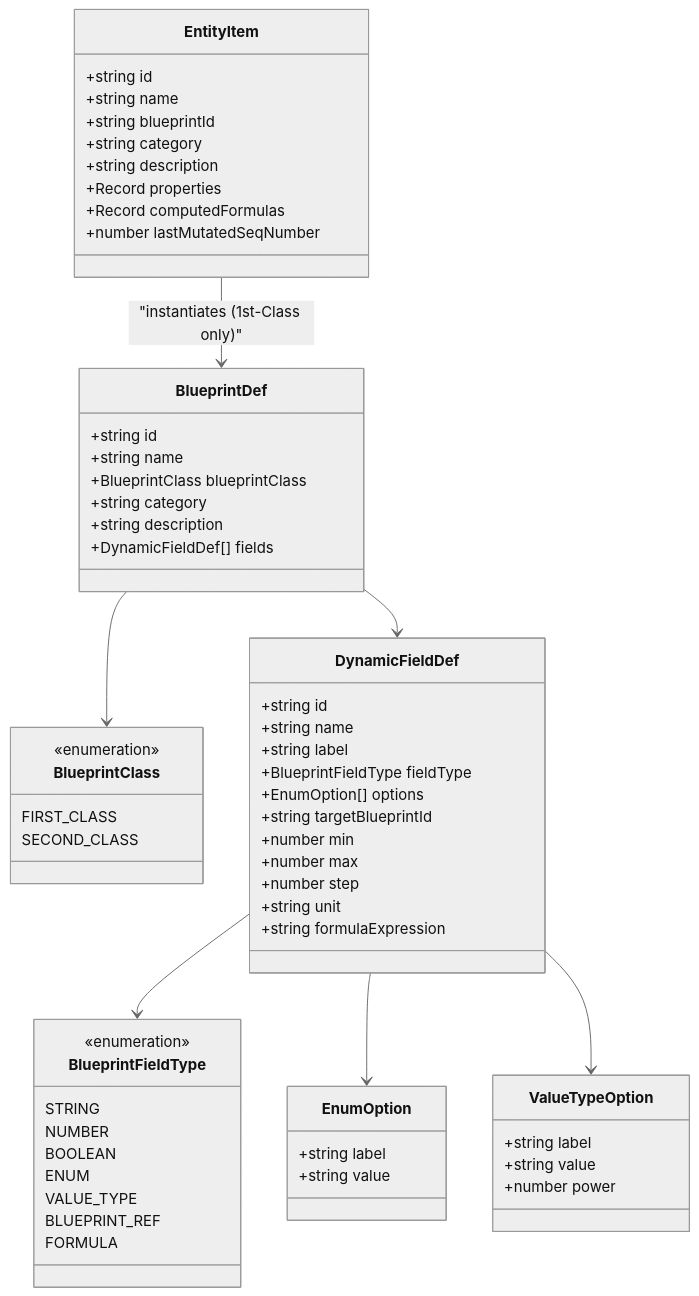
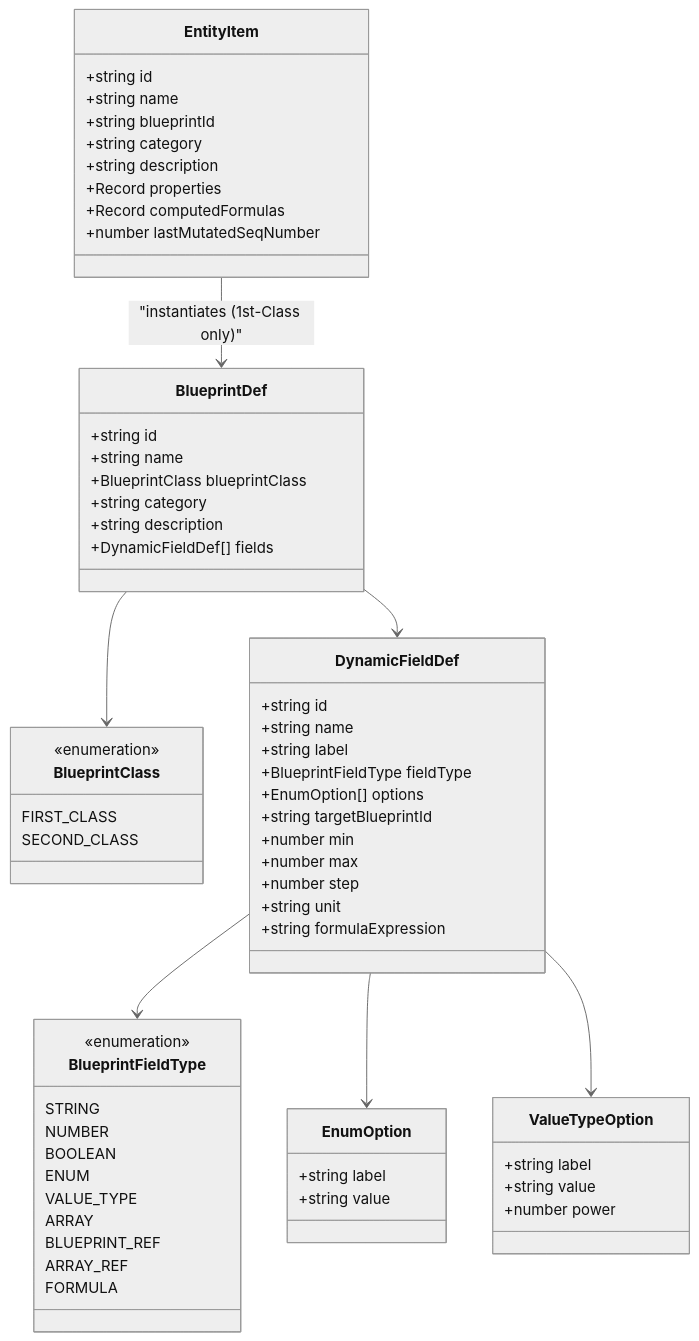
One commit to Yogesh-Kumar-Mallik-dev/NovWrite changed the second of 3 diagrams in docs/FRONTEND_ARCHITECTURE.md. Above: the diagram before and after it, drawn with Mermaid (neutral theme). The commit also changed other lines of this file and 12 other files, not shown here.

Commit message:
docs(spec): synchronize architecture specifications, changelog, and Capstone report to Version 2.2

````diff
--- a/docs/FRONTEND_ARCHITECTURE.md
+++ b/docs/FRONTEND_ARCHITECTURE.md
@@ -70,71 +70,73 @@
 ```mermaid
 classDiagram
     class BlueprintDef {
         +string id
         +string name
         +BlueprintClass blueprintClass
         +string category
         +string description
         +DynamicFieldDef[] fields
     }
 
     class BlueprintClass {
         <<enumeration>>
         FIRST_CLASS
         SECOND_CLASS
     }
 
     class DynamicFieldDef {
         +string id
         +string name
         +string label
         +BlueprintFieldType fieldType
         +EnumOption[] options
         +string targetBlueprintId
         +number min
         +number max
         +number step
         +string unit
         +string formulaExpression
     }
 
     class EnumOption {
         +string label
         +string value
     }
 
     class ValueTypeOption {
         +string label
         +string value
         +number power
     }
 
     class BlueprintFieldType {
         <<enumeration>>
         STRING
         NUMBER
         BOOLEAN
         ENUM
         VALUE_TYPE
+        ARRAY
         BLUEPRINT_REF
+        ARRAY_REF
         FORMULA
     }
 
     class EntityItem {
         +string id
         +string name
         +string blueprintId
         +string category
         +string description
         +Record properties
         +Record computedFormulas
         +number lastMutatedSeqNumber
     }
 
     BlueprintDef --> BlueprintClass
     BlueprintDef --> DynamicFieldDef
     DynamicFieldDef --> BlueprintFieldType
     DynamicFieldDef --> EnumOption
     DynamicFieldDef --> ValueTypeOption
     EntityItem --> BlueprintDef : "instantiates (1st-Class only)"
 ```
````
